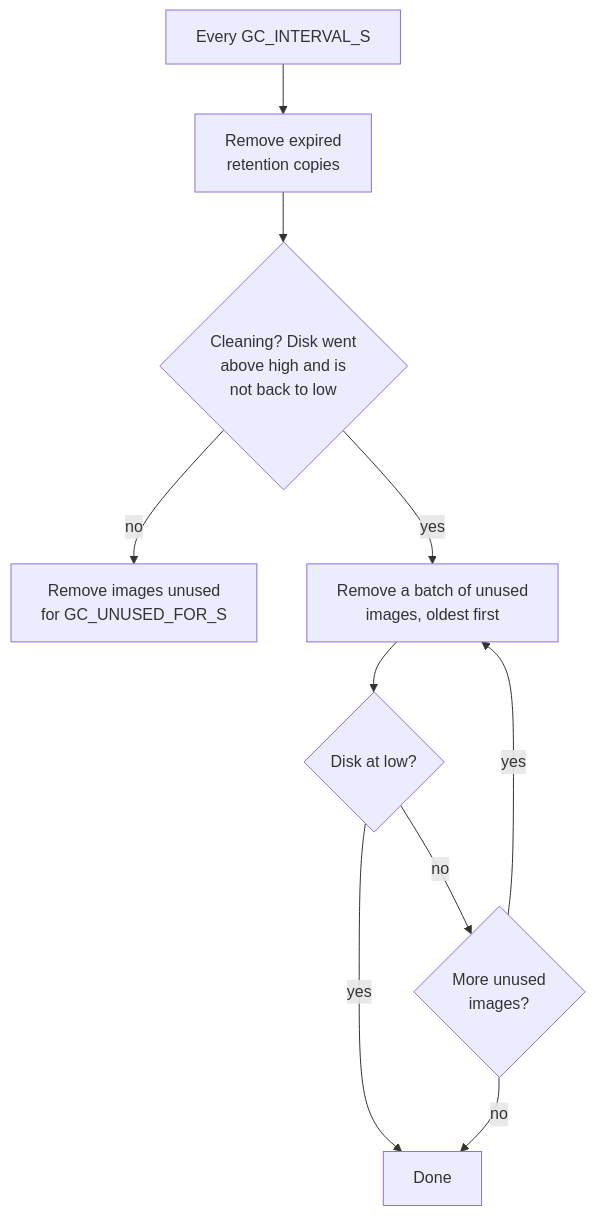
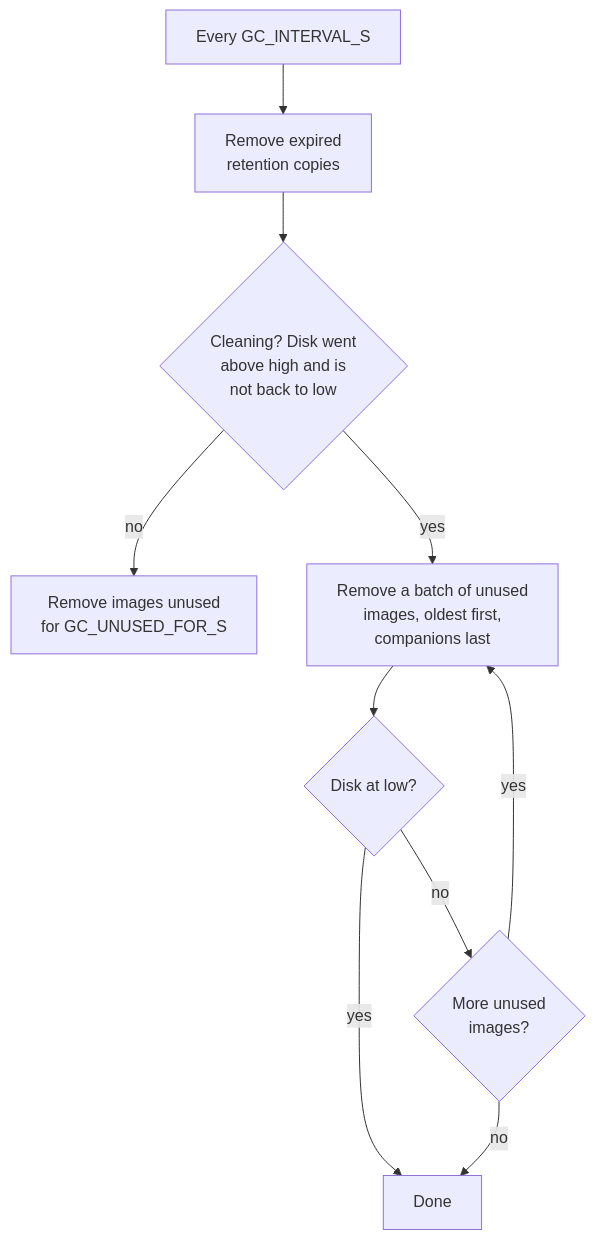
One commit to hatam-abolghasemi/Angry-Duck changed the first of 2 diagrams in docs/image-cleanup.md. Above: the diagram before and after it, drawn with Mermaid. The commit also changed other lines of this file and 8 other files, not shown here.

````diff
--- a/docs/image-cleanup.md
+++ b/docs/image-cleanup.md
@@ -23,12 +26,12 @@
 ```mermaid
 flowchart TD
     A[Every GC_INTERVAL_S] --> R[Remove expired<br/>retention copies]
     R --> B{Cleaning? Disk went<br/>above high and is<br/>not back to low}
     B -- no --> C[Remove images unused<br/>for GC_UNUSED_FOR_S]
-    B -- yes --> D[Remove a batch of unused<br/>images, oldest first]
+    B -- yes --> D[Remove a batch of unused<br/>images, oldest first,<br/>companions last]
     D --> E{Disk at low?}
     E -- yes --> F[Done]
     E -- no --> M{More unused<br/>images?}
     M -- yes --> D
     M -- no --> F
 ```
````
